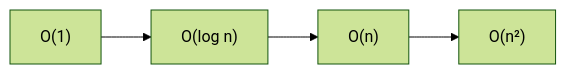
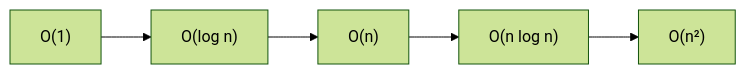
Before and after one commit to iesataulfoargentasor/sbd_2026_2027_new: the second of 2 diagrams in docs/ut1/fundamentos.md, drawn with Mermaid (forest theme). The commit also changed other lines of this file and 2 other files, not shown here.

````diff
--- a/docs/ut1/fundamentos.md
+++ b/docs/ut1/fundamentos.md
@@ -95,6 +192,7 @@
 ```mermaid
 flowchart LR
   A["O(1)"] --> B["O(log n)"]
   B --> C["O(n)"]
-  C --> D["O(n²)"]
+  C --> D["O(n log n)"]
+  D --> E["O(n²)"]
 ```
````
